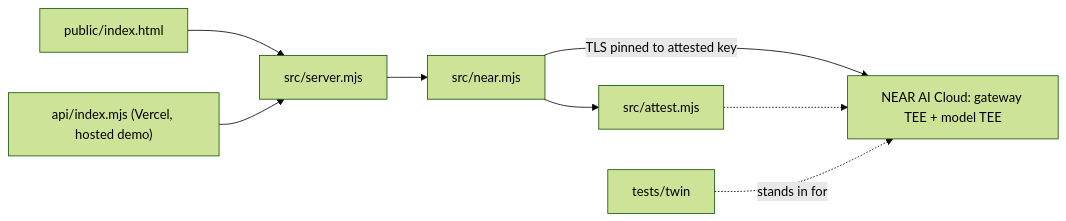
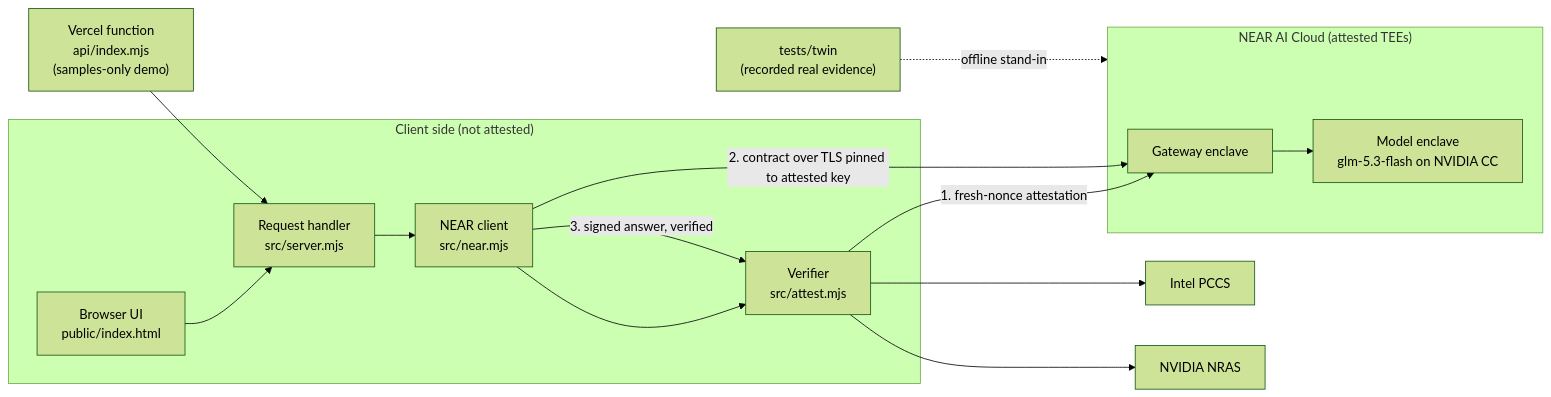
Before and after one commit to oocoder/saferedline: the diagram in OUTLINE.md, drawn with Mermaid (forest theme). The commit also changed other lines of this file, not shown here.

First line of the commit message:
docs(outline): solutions-architect summary, trust-boundary diagram, LLM read/use/update front matter

````diff
--- a/OUTLINE.md
+++ b/OUTLINE.md
@@ -21,10 +40,25 @@
 ```mermaid
 flowchart LR
-  UI["public/index.html"] --> SRV["src/server.mjs"]
-  SRV --> NEAR["src/near.mjs"]
-  NEAR --> ATT["src/attest.mjs"]
-  VERCEL["api/index.mjs (Vercel, hosted demo)"] --> SRV
-  NEAR -->|"TLS pinned to attested key"| CLOUD["NEAR AI Cloud: gateway TEE + model TEE"]
-  ATT -.-> CLOUD
-  TWIN["tests/twin"] -.->|"stands in for"| CLOUD
+  subgraph Client["Client side (not attested)"]
+    UI["Browser UI<br/>public/index.html"]
+    SRV["Request handler<br/>src/server.mjs"]
+    VER["Verifier<br/>src/attest.mjs"]
+    NEARC["NEAR client<br/>src/near.mjs"]
+  end
+  VERCEL["Vercel function<br/>api/index.mjs<br/>(samples-only demo)"]
+  subgraph TEE["NEAR AI Cloud (attested TEEs)"]
+    GW["Gateway enclave"]
+    MODEL["Model enclave<br/>glm-5.3-flash on NVIDIA CC"]
+  end
+  INTEL["Intel PCCS"]
+  NVIDIA["NVIDIA NRAS"]
+  UI --> SRV
+  VERCEL --> SRV
+  SRV --> NEARC --> VER
+  VER -->|"1. fresh-nonce attestation"| GW
+  VER --> INTEL
+  VER --> NVIDIA
+  NEARC -->|"2. contract over TLS pinned to attested key"| GW --> MODEL
+  NEARC -->|"3. signed answer, verified"| VER
+  TWIN["tests/twin<br/>(recorded real evidence)"] -.->|"offline stand-in"| TEE
 ```
````
